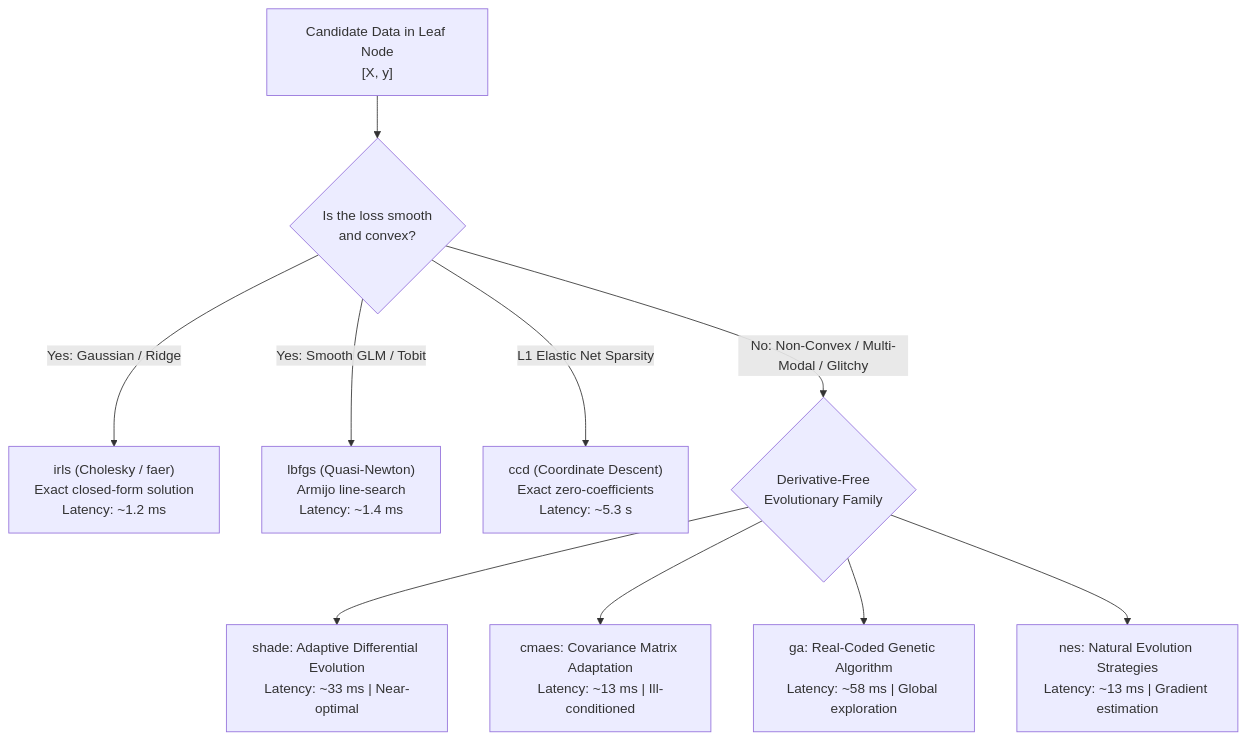
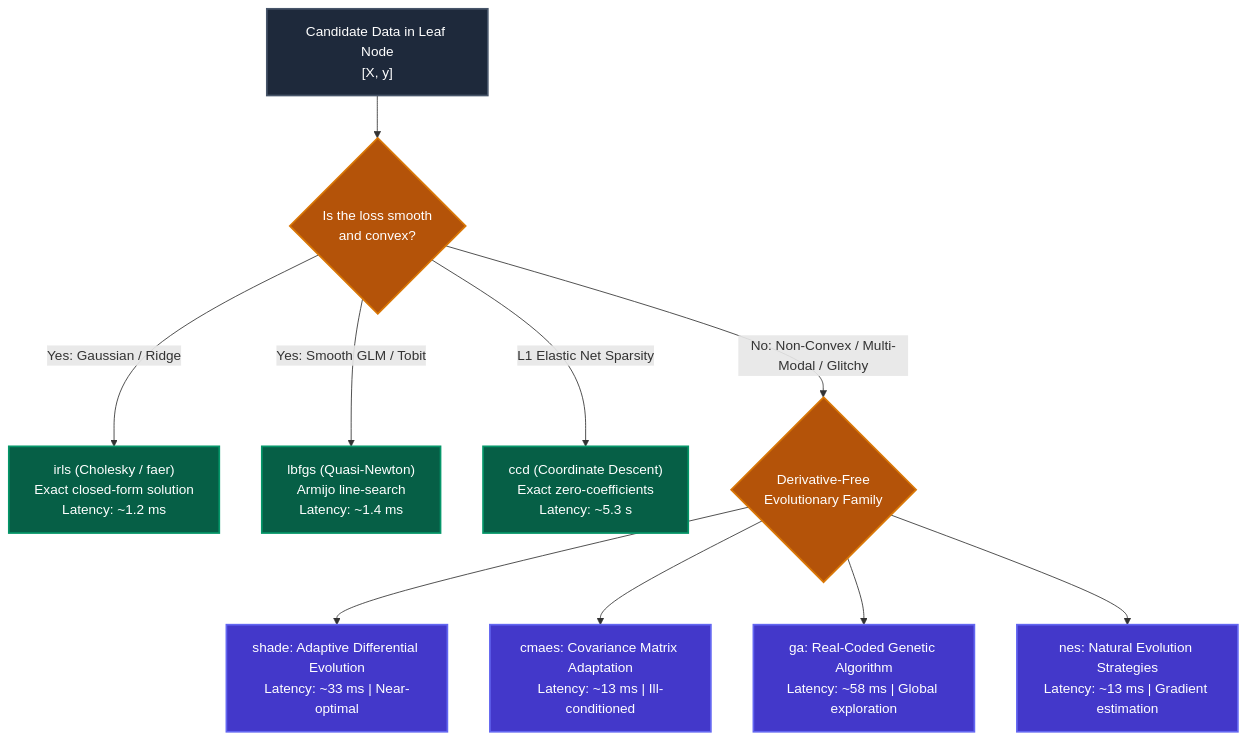
The diagram in docs/examples/solver-benchmarks.md (jkapila/mltreelib), drawn with Mermaid before and after one commit. The commit also changed 18 other files, not shown here.

Commit message:
docs: add native ModelTree graph, 5-leaf survival profiles, and color palette across all Mermaid diagrams

````diff
--- a/docs/examples/solver-benchmarks.md
+++ b/docs/examples/solver-benchmarks.md
@@ -33,14 +33,24 @@
 ```mermaid
 flowchart TD
     Data["Candidate Data in Leaf Node\n[X, y]"] --> Fam{"Is the loss smooth\nand convex?"}
 
     Fam -- "Yes: Gaussian / Ridge" --> S1["irls (Cholesky / faer)\nExact closed-form solution\nLatency: ~1.2 ms"]
     Fam -- "Yes: Smooth GLM / Tobit" --> S2["lbfgs (Quasi-Newton)\nArmijo line-search\nLatency: ~1.4 ms"]
     Fam -- "L1 Elastic Net Sparsity" --> S3["ccd (Coordinate Descent)\nExact zero-coefficients\nLatency: ~5.3 s"]
     Fam -- "No: Non-Convex / Multi-Modal / Glitchy" --> S4{"Derivative-Free\nEvolutionary Family"}
 
     S4 --> E1["shade: Adaptive Differential Evolution\nLatency: ~33 ms | Near-optimal"]
     S4 --> E2["cmaes: Covariance Matrix Adaptation\nLatency: ~13 ms | Ill-conditioned"]
     S4 --> E3["ga: Real-Coded Genetic Algorithm\nLatency: ~58 ms | Global exploration"]
     S4 --> E4["nes: Natural Evolution Strategies\nLatency: ~13 ms | Gradient estimation"]
+
+    classDef dataBox fill:#1e293b,stroke:#475569,stroke-width:2px,color:#ffffff;
+    classDef gateBox fill:#b45309,stroke:#d97706,stroke-width:2px,color:#ffffff;
+    classDef gradBox fill:#065f46,stroke:#059669,stroke-width:2px,color:#ffffff;
+    classDef evoBox fill:#4338ca,stroke:#6366f1,stroke-width:2px,color:#ffffff;
+
+    class Data dataBox;
+    class Fam,S4 gateBox;
+    class S1,S2,S3 gradBox;
+    class E1,E2,E3,E4 evoBox;
 ```
````
